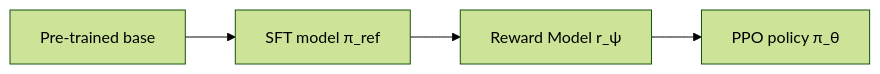
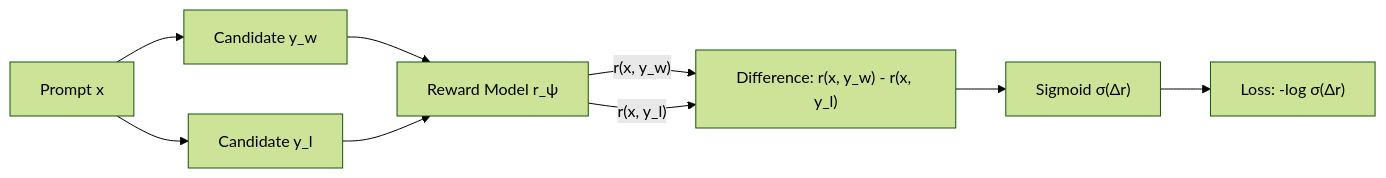
The second of 6 diagrams in content/docs/ai-agents/agentic-ai/05-alignment-rlhf-and-dpo.mdx (1345AbhishekKumar/cs-cookbook), drawn with Mermaid (forest theme) before and after one commit. The commit also changed other lines of this file and 299 other files, not shown here.

````diff
--- a/content/docs/ai-agents/agentic-ai/05-alignment-rlhf-and-dpo.mdx
+++ b/content/docs/ai-agents/agentic-ai/05-alignment-rlhf-and-dpo.mdx
@@ -60,4 +84,11 @@
 ```mermaid
 flowchart LR
-    P["Pre-trained base"] --> SFT["SFT model π_ref"] --> RM["Reward Model r_ψ"] --> PPO["PPO policy π_θ"]
+    P["Prompt x"] --> Comp1["Candidate y_w"]
+    P --> Comp2["Candidate y_l"]
+    Comp1 --> RM["Reward Model r_ψ"]
+    Comp2 --> RM
+    RM -->|"r(x, y_w)"| Sub["Difference: r(x, y_w) - r(x, y_l)"]
+    RM -->|"r(x, y_l)"| Sub
+    Sub --> Sigmoid["Sigmoid σ(Δr)"]
+    Sigmoid --> Loss["Loss: -log σ(Δr)"]
 ```
````
